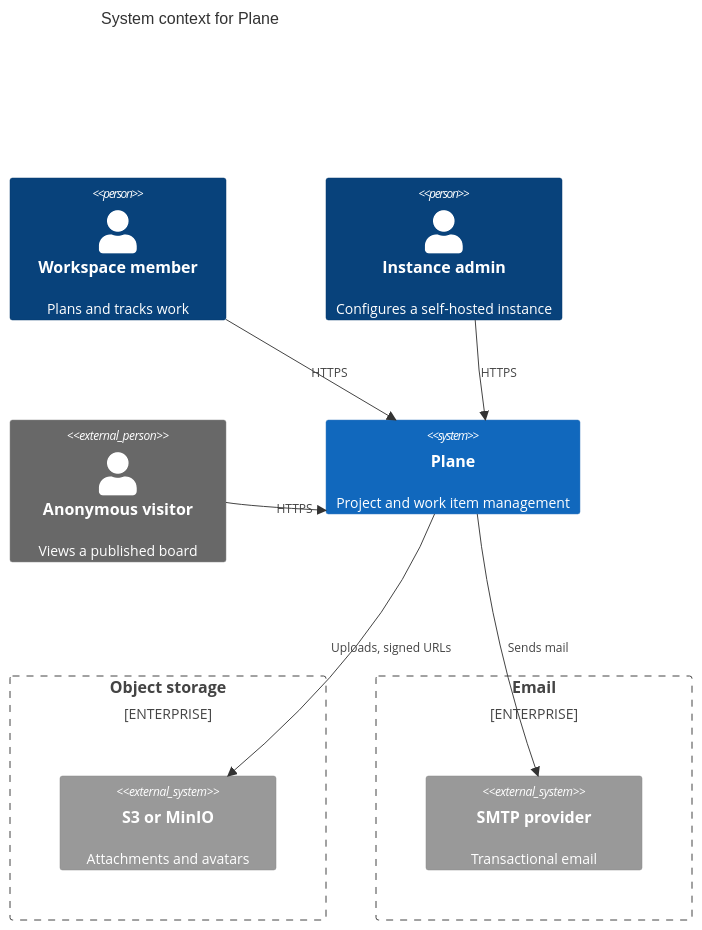
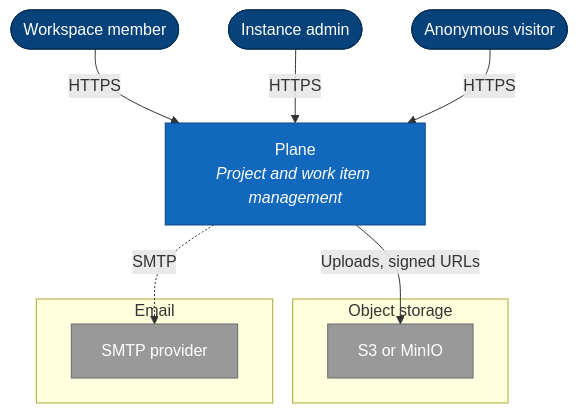
One commit to psarma89/plane changed the diagram in docs/architecture/c4/context/TEMPLATE.md. Above: the diagram before and after it, drawn with Mermaid. The commit also changed other lines of this file and 6 other files, not shown here.

````diff
--- a/docs/architecture/c4/context/TEMPLATE.md
+++ b/docs/architecture/c4/context/TEMPLATE.md
@@ -15,24 +11,29 @@
 ```mermaid
-C4Context
-    title System context for Plane
+flowchart TB
+    member(["Workspace member"])
+    admin(["Instance admin"])
+    visitor(["Anonymous visitor"])
 
-    Person(member, "Workspace member", "Plans and tracks work")
-    Person(admin, "Instance admin", "Configures a self-hosted instance")
-    Person_Ext(visitor, "Anonymous visitor", "Views a published board")
+    plane["Plane<br/><i>Project and work item management</i>"]
 
-    System(plane, "Plane", "Project and work item management")
+    subgraph obj["Object storage"]
+        s3["S3 or MinIO"]
+    end
 
-    Enterprise_Boundary(obj, "Object storage") {
-        System_Ext(s3, "S3 or MinIO", "Attachments and avatars")
-    }
+    subgraph comms["Email"]
+        smtp["SMTP provider"]
+    end
 
-    Enterprise_Boundary(comms, "Email") {
-        System_Ext(smtp, "SMTP provider", "Transactional email")
-    }
+    member -->|"HTTPS"| plane
+    admin -->|"HTTPS"| plane
+    visitor -->|"HTTPS"| plane
+    plane -->|"Uploads, signed URLs"| s3
+    plane -.->|"SMTP"| smtp
 
-    Rel(member, plane, "HTTPS")
-    Rel(admin, plane, "HTTPS")
-    Rel(visitor, plane, "HTTPS")
-    Rel(plane, s3, "Uploads, signed URLs")
-    Rel(plane, smtp, "Sends mail")
+    classDef person fill:#08427b,stroke:#052e56,color:#ffffff
+    classDef container fill:#1168bd,stroke:#0b4884,color:#ffffff
+    classDef ext fill:#999999,stroke:#6b6b6b,color:#ffffff
+    class member,admin,visitor person
+    class plane container
+    class s3,smtp ext
 ```
````
